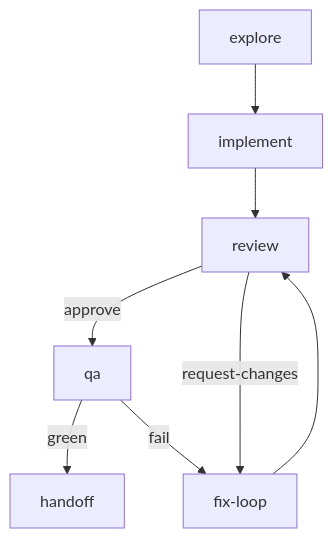
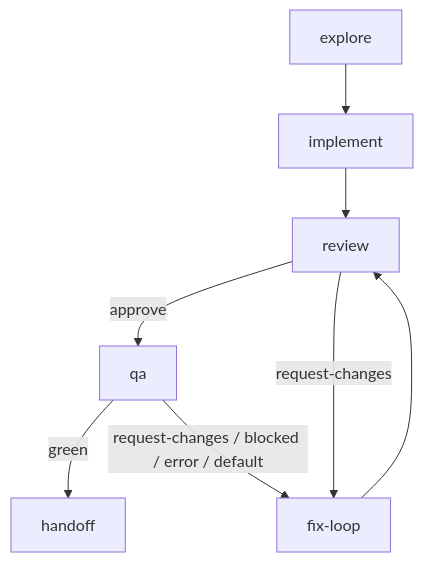
Before and after one commit to chonamdoo/agent-flow: the second of 2 diagrams in README.md, drawn with Mermaid. The commit also changed other lines of this file and 5 other files, not shown here.

````diff
--- a/README.md
+++ b/README.md
@@ -242,9 +242,9 @@
 ```mermaid
 flowchart TD
     explore --> implement --> review
     review -->|approve| qa
     review -->|request-changes| fix-loop
     qa -->|green| handoff
-    qa -->|fail| fix-loop
+    qa -->|request-changes / blocked / error / default| fix-loop
     fix-loop --> review
 ```
````
